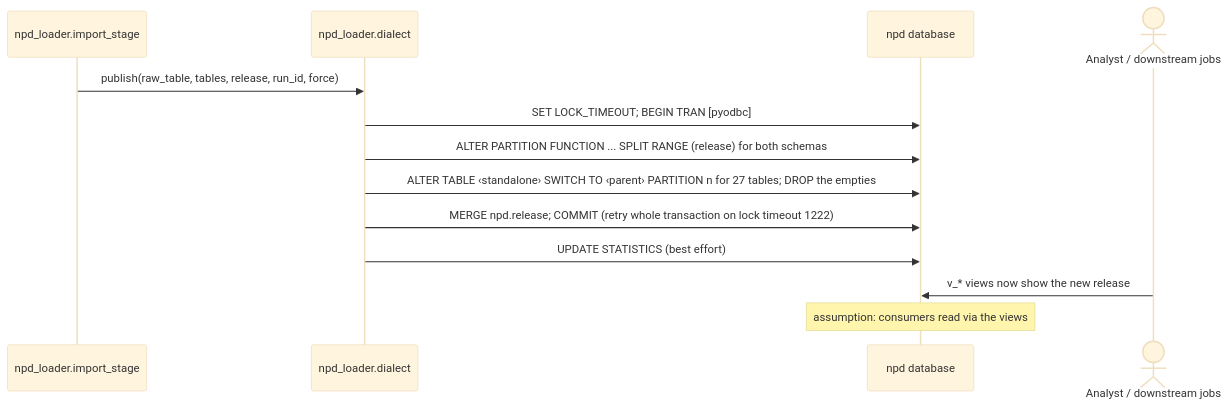
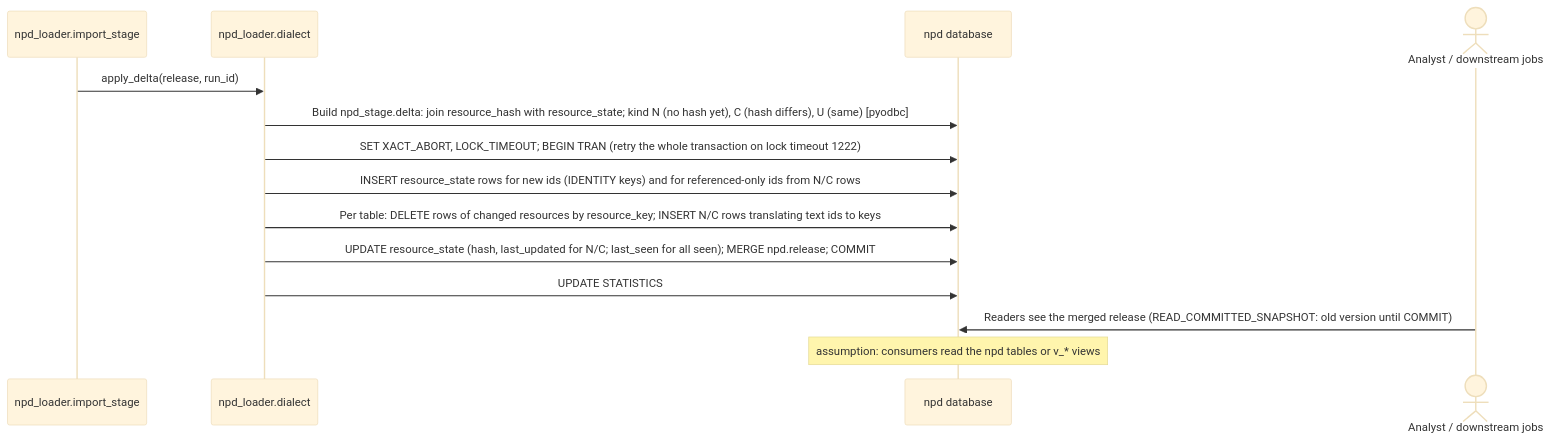
The fifth of 6 diagrams in architecture-docs/nppes_npd_env/ArchitectureReport.md (SqlDataSpire/npd_importer), drawn with Mermaid (base theme) before and after one commit. The commit also changed other lines of this file and 12 other files, not shown here.

Commit message:
docs: refresh architecture docs for Phase 2 (flatten, bcp staging, delta apply; Postgres and publish flow removed)

````diff
--- a/architecture-docs/nppes_npd_env/ArchitectureReport.md
+++ b/architecture-docs/nppes_npd_env/ArchitectureReport.md
@@ -397,15 +395,16 @@
 ```mermaid
 sequenceDiagram
     participant npd_loader_import_stage as npd_loader.import_stage
     participant npd_loader_dialect as npd_loader.dialect
     participant db_sql_server as npd database
     actor data_consumer as Analyst / downstream jobs
-    npd_loader_import_stage->>npd_loader_dialect: publish(raw_table, tables, release, run_id, force)
-    npd_loader_dialect->>db_sql_server: SET LOCK_TIMEOUT#59; BEGIN TRAN [pyodbc]
-    npd_loader_dialect->>db_sql_server: ALTER PARTITION FUNCTION ... SPLIT RANGE (release) for both schemas
-    npd_loader_dialect->>db_sql_server: ALTER TABLE ‹standalone› SWITCH TO ‹parent› PARTITION n for 27 tables#59; DROP the empties
-    npd_loader_dialect->>db_sql_server: MERGE npd.release#59; COMMIT (retry whole transaction on lock timeout 1222)
-    npd_loader_dialect->>db_sql_server: UPDATE STATISTICS (best effort)
-    data_consumer->>db_sql_server: v_* views now show the new release
-    Note over db_sql_server: assumption: consumers read via the views
+    npd_loader_import_stage->>npd_loader_dialect: apply_delta(release, run_id)
+    npd_loader_dialect->>db_sql_server: Build npd_stage.delta: join resource_hash with resource_state#59; kind N (no hash yet), C (hash differs), U (same) [pyodbc]
+    npd_loader_dialect->>db_sql_server: SET XACT_ABORT, LOCK_TIMEOUT#59; BEGIN TRAN (retry the whole transaction on lock timeout 1222)
+    npd_loader_dialect->>db_sql_server: INSERT resource_state rows for new ids (IDENTITY keys) and for referenced-only ids from N/C rows
+    npd_loader_dialect->>db_sql_server: Per table: DELETE rows of changed resources by resource_key#59; INSERT N/C rows translating text ids to keys
+    npd_loader_dialect->>db_sql_server: UPDATE resource_state (hash, last_updated for N/C#59; last_seen for all seen)#59; MERGE npd.release#59; COMMIT
+    npd_loader_dialect->>db_sql_server: UPDATE STATISTICS
+    data_consumer->>db_sql_server: Readers see the merged release (READ_COMMITTED_SNAPSHOT: old version until COMMIT)
+    Note over db_sql_server: assumption: consumers read the npd tables or v_* views
 ```
````
